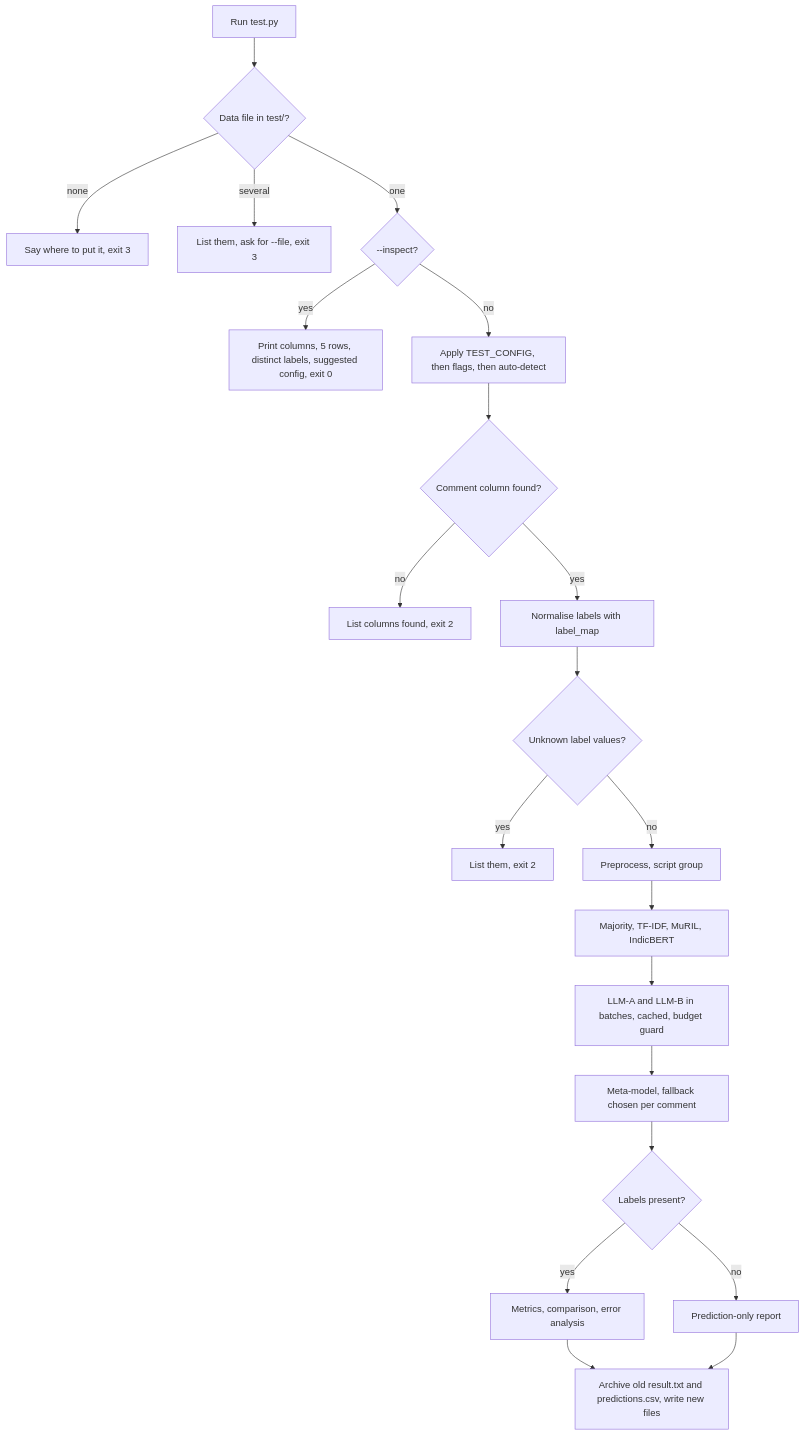
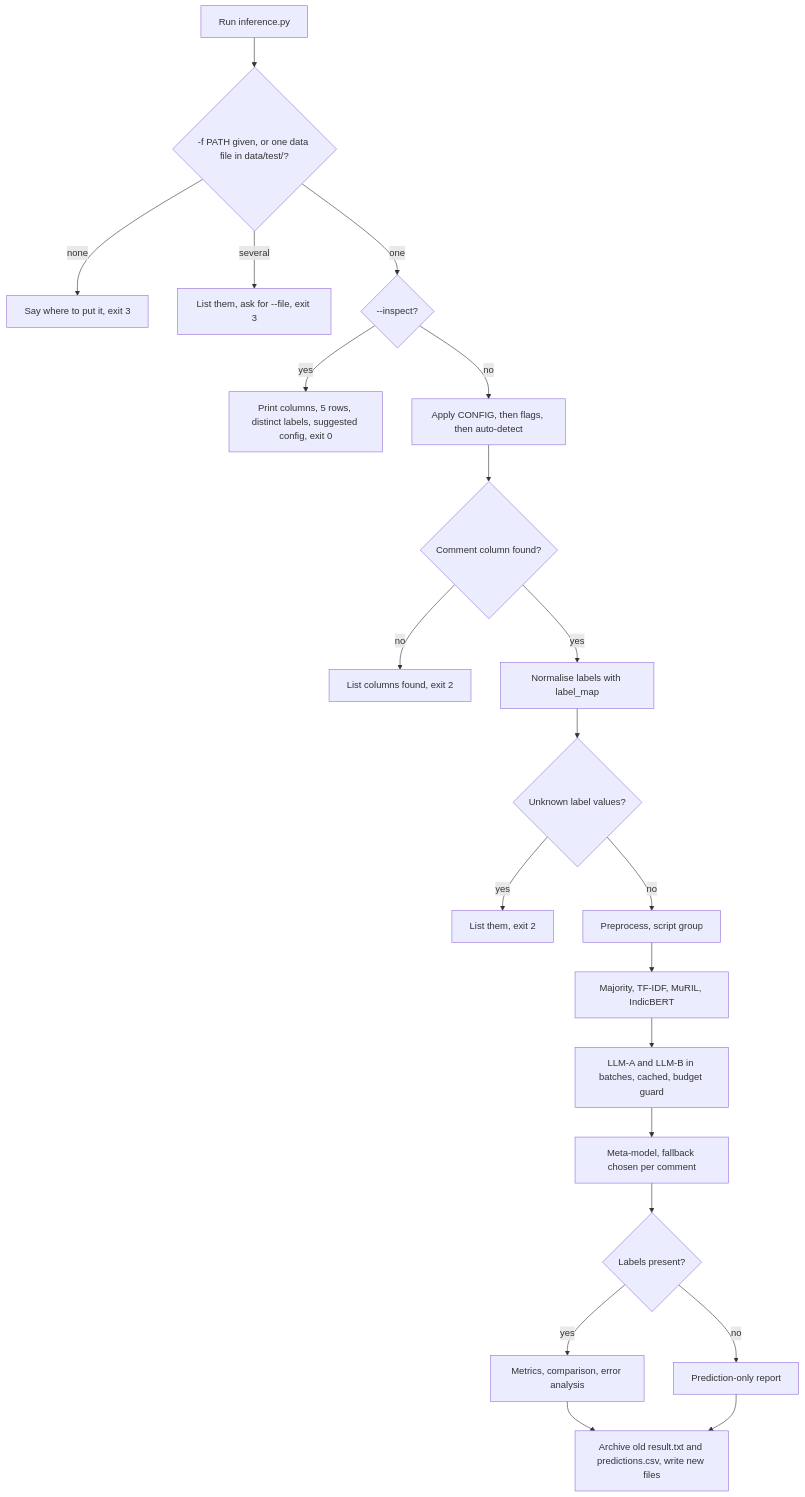
One commit to harshitagr42/EcoConsensus changed the fourth of 4 diagrams in docs/APP_FLOW.md. Above: the diagram before and after it, drawn with Mermaid. The commit also changed other lines of this file and 25 other files, not shown here.

First line of the commit message:
Merge test.py into inference.py; read test data from data/test/

````diff
--- a/docs/APP_FLOW.md
+++ b/docs/APP_FLOW.md
@@ -154,23 +144,23 @@
 ```mermaid
 flowchart TD
-    S[Run test.py] --> F{Data file in test/?}
+    S[Run inference.py] --> F{-f PATH given, or one data file in data/test/?}
     F -- none --> E1[Say where to put it, exit 3]
     F -- several --> E2[List them, ask for --file, exit 3]
     F -- one --> I{--inspect?}
     I -- yes --> I1[Print columns, 5 rows, distinct labels, suggested config, exit 0]
-    I -- no --> M[Apply TEST_CONFIG, then flags, then auto-detect]
+    I -- no --> M[Apply CONFIG, then flags, then auto-detect]
     M --> C{Comment column found?}
     C -- no --> E3[List columns found, exit 2]
     C -- yes --> L[Normalise labels with label_map]
     L --> U{Unknown label values?}
     U -- yes --> E4[List them, exit 2]
     U -- no --> P[Preprocess, script group]
     P --> R[Majority, TF-IDF, MuRIL, IndicBERT]
     R --> LL[LLM-A and LLM-B in batches, cached, budget guard]
     LL --> ME[Meta-model, fallback chosen per comment]
     ME --> Q{Labels present?}
     Q -- yes --> X[Metrics, comparison, error analysis]
     Q -- no --> Y[Prediction-only report]
     X --> W[Archive old result.txt and predictions.csv, write new files]
     Y --> W
 ```
````
